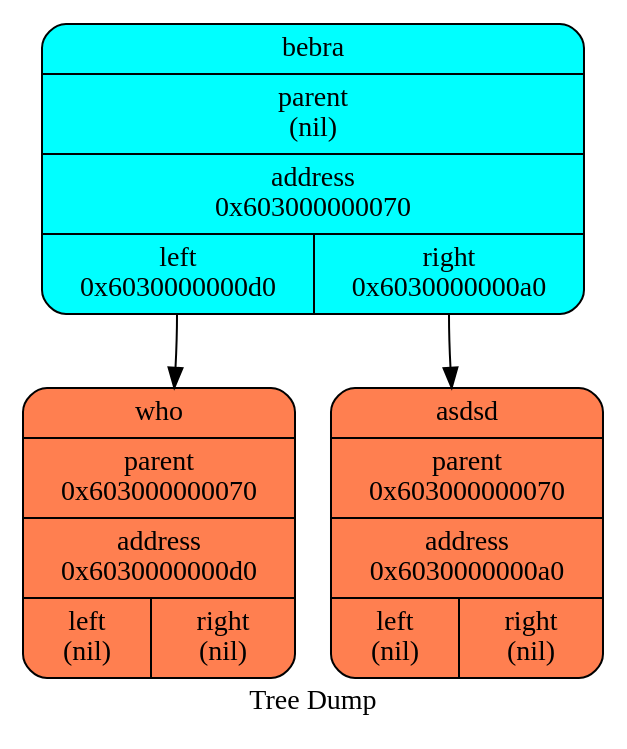
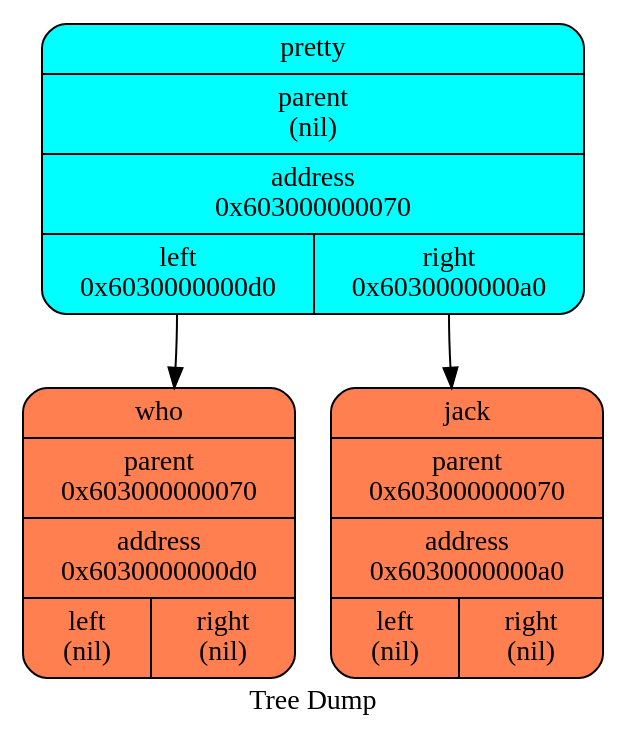
Before and after one commit to aidenfmunro/Akinator: the diagram in log/dot/treegraph_0.dot, drawn with Graphviz. The commit also changed 9 other files, not shown here.

```diff
--- a/log/dot/treegraph_0.dot
+++ b/log/dot/treegraph_0.dot
@@ -1,11 +1,11 @@
   digraph tree  {
   node[   shape     = "Mrecord",  style     = "filled",  fillcolor = "aqua",  fontcolor = "#000000",  margin    = "0.075"];
   rankdir   = "TB";
 
   label     = "Tree Dump";
- "bebra" [shape = "Mrecord", label = "{<name>bebra | parent\n(nil) | <f0> address\n0x603000000070| {<left>left\n0x6030000000d0 | <right>right\n0x6030000000a0\n}}"];
-  "bebra":left->"who";
+ "pretty" [shape = "Mrecord", label = "{<name>pretty | parent\n(nil) | <f0> address\n0x603000000070| {<left>left\n0x6030000000d0 | <right>right\n0x6030000000a0\n}}"];
+  "pretty":left->"who";
  "who" [shape = "Mrecord", fillcolor = "coral", label = "{<name>who | parent\n0x603000000070 | <f0> address\n0x6030000000d0| {<left>left\n(nil) | <right>right\n(nil)\n}}"];
-  "bebra":right->"asdsd";
- "asdsd" [shape = "Mrecord", fillcolor = "coral", label = "{<name>asdsd | parent\n0x603000000070 | <f0> address\n0x6030000000a0| {<left>left\n(nil) | <right>right\n(nil)\n}}"];
+  "pretty":right->"jack";
+ "jack" [shape = "Mrecord", fillcolor = "coral", label = "{<name>jack | parent\n0x603000000070 | <f0> address\n0x6030000000a0| {<left>left\n(nil) | <right>right\n(nil)\n}}"];
   }
```
